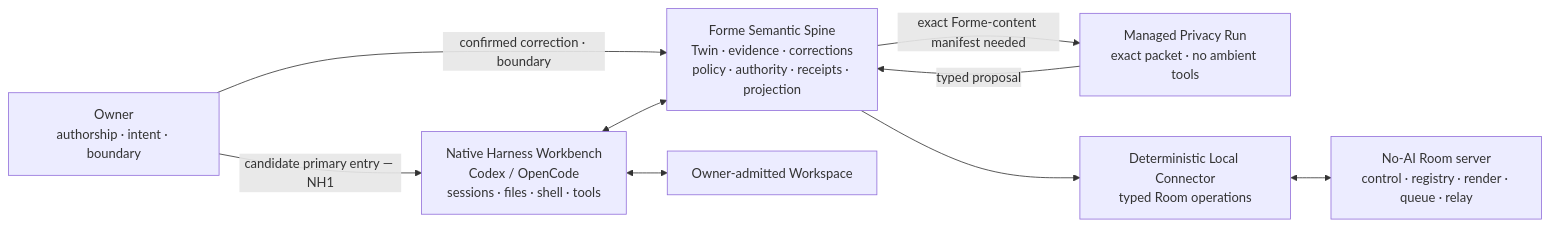
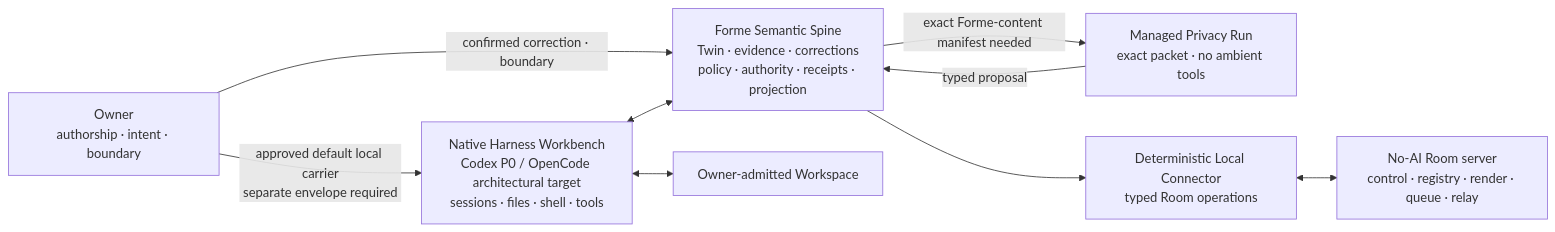
One commit to formehq/forme changed the diagram in docs/ARCHITECTURE.md. Above: the diagram before and after it, drawn with Mermaid. The commit also changed other lines of this file and 17 other files, not shown here.

Commit message:
Approve Native Harness choices and prepare T3

````diff
--- a/docs/ARCHITECTURE.md
+++ b/docs/ARCHITECTURE.md
@@ -14,11 +14,11 @@
 ```mermaid
 flowchart LR
-    Owner["Owner<br/>authorship · intent · boundary"] -->|"candidate primary entry — NH1"| Workbench["Native Harness Workbench<br/>Codex / OpenCode<br/>sessions · files · shell · tools"]
+    Owner["Owner<br/>authorship · intent · boundary"] -->|"approved default local carrier<br/>separate envelope required"| Workbench["Native Harness Workbench<br/>Codex P0 / OpenCode architectural target<br/>sessions · files · shell · tools"]
     Owner -->|"confirmed correction · boundary"| Core
     Workbench <--> Core["Forme Semantic Spine<br/>Twin · evidence · corrections<br/>policy · authority · receipts · projection"]
     Workbench <--> Workspace["Owner-admitted Workspace"]
     Core -->|"exact Forme-content manifest needed"| Managed["Managed Privacy Run<br/>exact packet · no ambient tools"]
     Managed -->|"typed proposal"| Core
     Core --> Connector["Deterministic Local Connector<br/>typed Room operations"]
     Connector <--> Server["No-AI Room server<br/>control · registry · render · queue · relay"]
 ```
````
